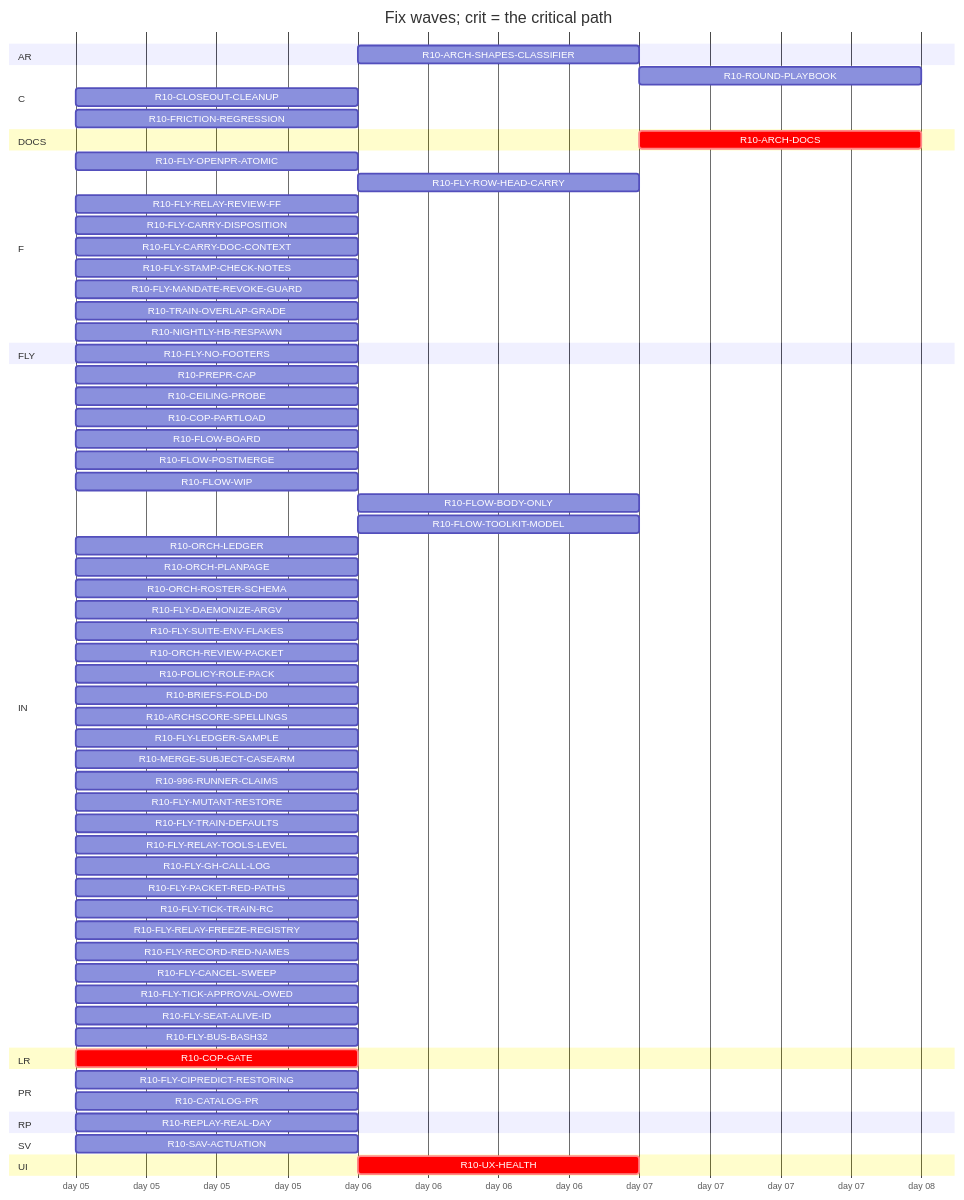
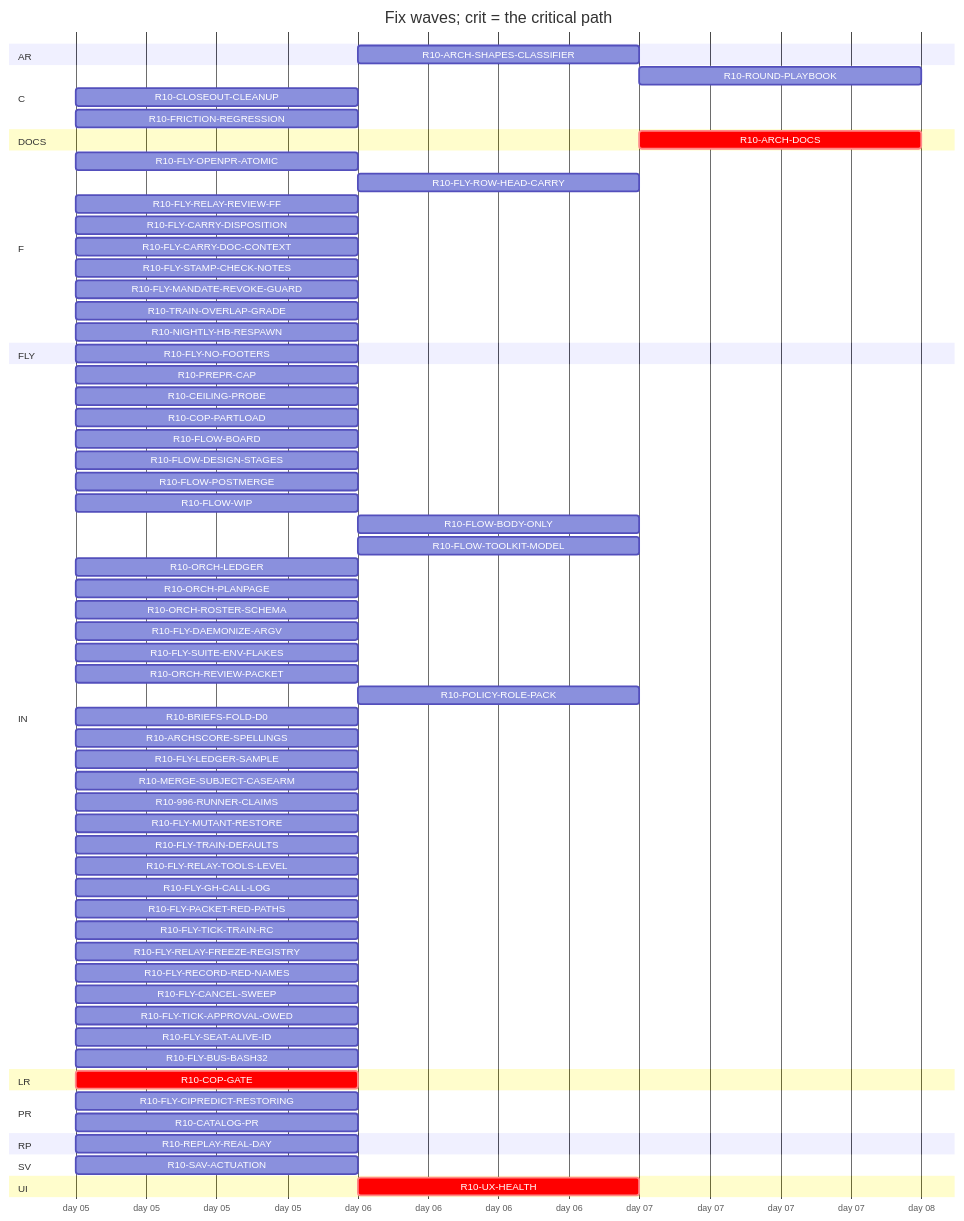
Before and after one commit to tvofi/heatpump_optimizer: the diagram in handoff/round10/state/PLAN-TABLE.md, drawn with Mermaid. The commit also changed other lines of this file and 3 other files, not shown here.

Commit message:
state: FLOW-BOARD.md, NEXT-SESSION-PROMPT.md, PLAN-TABLE.md, RESUME-CURRENT.md regenerated (state_docs.py)

````diff
--- a/handoff/round10/state/PLAN-TABLE.md
+++ b/handoff/round10/state/PLAN-TABLE.md
@@ -24,70 +24,71 @@
 ```mermaid
 gantt
   title Fix waves; crit = the critical path
   dateFormat YYYY-MM-DD
   axisFormat day %d
   section AR
     R10-ARCH-SHAPES-CLASSIFIER :r10ARCHSHAPESCLASSIFIER, after r10996RUNNERCLAIMS, 1d
   section C
     R10-ROUND-PLAYBOOK :r10ROUNDPLAYBOOK, after r10ORCHLEDGER r10ORCHPLANPAGE r10FLYRELAYREVIEWFF r10FLOWBODYONLY, 1d
     R10-CLOSEOUT-CLEANUP :r10CLOSEOUTCLEANUP, 2026-01-05, 1d
     R10-FRICTION-REGRESSION :r10FRICTIONREGRESSION, 2026-01-05, 1d
   section DOCS
-    R10-ARCH-DOCS :crit, r10ARCHDOCS, after r10COPGATE r10UXHEALTH r10CEILINGPROBE r10COPPARTLOAD r10FLOWBOARD r10FLOWPOSTMERGE r10FLOWWIP r10FLOWBODYONLY r10FLYOPENPRATOMIC r10FLYROWHEADCARRY r10FLYRELAYREVIEWFF r10FLYCARRYDISPOSITION r10FLYCARRYDOCCONTEXT r10FLOWTOOLKITMODEL r10FLYSTAMPCHECKNOTES r10FLYMANDATEREVOKEGUARD r10TRAINOVERLAPGRADE r10NIGHTLYHBRESPAWN r10ORCHLEDGER r10ORCHPLANPAGE r10ORCHROSTERSCHEMA r10FLYDAEMONIZEARGV r10ORCHREVIEWPACKET r10POLICYROLEPACK r10BRIEFSFOLDD0 r10REPLAYREALDAY r10ARCHSCORESPELLINGS r10SAVACTUATION r10FLYLEDGERSAMPLE, 1d
+    R10-ARCH-DOCS :crit, r10ARCHDOCS, after r10COPGATE r10UXHEALTH r10CEILINGPROBE r10COPPARTLOAD r10FLOWBOARD r10FLOWDESIGNSTAGES r10FLOWPOSTMERGE r10FLOWWIP r10FLOWBODYONLY r10FLYOPENPRATOMIC r10FLYROWHEADCARRY r10FLYRELAYREVIEWFF r10FLYCARRYDISPOSITION r10FLYCARRYDOCCONTEXT r10FLOWTOOLKITMODEL r10FLYSTAMPCHECKNOTES r10FLYMANDATEREVOKEGUARD r10TRAINOVERLAPGRADE r10NIGHTLYHBRESPAWN r10ORCHLEDGER r10ORCHPLANPAGE r10ORCHROSTERSCHEMA r10FLYDAEMONIZEARGV r10ORCHREVIEWPACKET r10POLICYROLEPACK r10BRIEFSFOLDD0 r10REPLAYREALDAY r10ARCHSCORESPELLINGS r10SAVACTUATION r10FLYLEDGERSAMPLE, 1d
   section F
     R10-FLY-OPENPR-ATOMIC :r10FLYOPENPRATOMIC, 2026-01-05, 1d
     R10-FLY-ROW-HEAD-CARRY :r10FLYROWHEADCARRY, after r10FLYOPENPRATOMIC, 1d
     R10-FLY-RELAY-REVIEW-FF :r10FLYRELAYREVIEWFF, 2026-01-05, 1d
     R10-FLY-CARRY-DISPOSITION :r10FLYCARRYDISPOSITION, 2026-01-05, 1d
     R10-FLY-CARRY-DOC-CONTEXT :r10FLYCARRYDOCCONTEXT, 2026-01-05, 1d
     R10-FLY-STAMP-CHECK-NOTES :r10FLYSTAMPCHECKNOTES, 2026-01-05, 1d
     R10-FLY-MANDATE-REVOKE-GUARD :r10FLYMANDATEREVOKEGUARD, 2026-01-05, 1d
     R10-TRAIN-OVERLAP-GRADE :r10TRAINOVERLAPGRADE, 2026-01-05, 1d
     R10-NIGHTLY-HB-RESPAWN :r10NIGHTLYHBRESPAWN, 2026-01-05, 1d
   section FLY
     R10-FLY-NO-FOOTERS :r10FLYNOFOOTERS, 2026-01-05, 1d
   section IN
     R10-PREPR-CAP :r10PREPRCAP, 2026-01-05, 1d
     R10-CEILING-PROBE :r10CEILINGPROBE, 2026-01-05, 1d
     R10-COP-PARTLOAD :r10COPPARTLOAD, 2026-01-05, 1d
     R10-FLOW-BOARD :r10FLOWBOARD, 2026-01-05, 1d
+    R10-FLOW-DESIGN-STAGES :r10FLOWDESIGNSTAGES, 2026-01-05, 1d
     R10-FLOW-POSTMERGE :r10FLOWPOSTMERGE, 2026-01-05, 1d
     R10-FLOW-WIP :r10FLOWWIP, 2026-01-05, 1d
     R10-FLOW-BODY-ONLY :r10FLOWBODYONLY, after r10FLYOPENPRATOMIC, 1d
     R10-FLOW-TOOLKIT-MODEL :r10FLOWTOOLKITMODEL, after r10ORCHPLANPAGE, 1d
     R10-ORCH-LEDGER :r10ORCHLEDGER, 2026-01-05, 1d
     R10-ORCH-PLANPAGE :r10ORCHPLANPAGE, 2026-01-05, 1d
     R10-ORCH-ROSTER-SCHEMA :r10ORCHROSTERSCHEMA, 2026-01-05, 1d
     R10-FLY-DAEMONIZE-ARGV :r10FLYDAEMONIZEARGV, 2026-01-05, 1d
     R10-FLY-SUITE-ENV-FLAKES :r10FLYSUITEENVFLAKES, 2026-01-05, 1d
     R10-ORCH-REVIEW-PACKET :r10ORCHREVIEWPACKET, 2026-01-05, 1d
-    R10-POLICY-ROLE-PACK :r10POLICYROLEPACK, 2026-01-05, 1d
+    R10-POLICY-ROLE-PACK :r10POLICYROLEPACK, after r10FLOWDESIGNSTAGES, 1d
     R10-BRIEFS-FOLD-D0 :r10BRIEFSFOLDD0, 2026-01-05, 1d
     R10-ARCHSCORE-SPELLINGS :r10ARCHSCORESPELLINGS, 2026-01-05, 1d
     R10-FLY-LEDGER-SAMPLE :r10FLYLEDGERSAMPLE, 2026-01-05, 1d
     R10-MERGE-SUBJECT-CASEARM :r10MERGESUBJECTCASEARM, 2026-01-05, 1d
     R10-996-RUNNER-CLAIMS :r10996RUNNERCLAIMS, 2026-01-05, 1d
     R10-FLY-MUTANT-RESTORE :r10FLYMUTANTRESTORE, 2026-01-05, 1d
     R10-FLY-TRAIN-DEFAULTS :r10FLYTRAINDEFAULTS, 2026-01-05, 1d
     R10-FLY-RELAY-TOOLS-LEVEL :r10FLYRELAYTOOLSLEVEL, 2026-01-05, 1d
     R10-FLY-GH-CALL-LOG :r10FLYGHCALLLOG, 2026-01-05, 1d
     R10-FLY-PACKET-RED-PATHS :r10FLYPACKETREDPATHS, 2026-01-05, 1d
     R10-FLY-TICK-TRAIN-RC :r10FLYTICKTRAINRC, 2026-01-05, 1d
     R10-FLY-RELAY-FREEZE-REGISTRY :r10FLYRELAYFREEZEREGISTRY, 2026-01-05, 1d
     R10-FLY-RECORD-RED-NAMES :r10FLYRECORDREDNAMES, 2026-01-05, 1d
     R10-FLY-CANCEL-SWEEP :r10FLYCANCELSWEEP, 2026-01-05, 1d
     R10-FLY-TICK-APPROVAL-OWED :r10FLYTICKAPPROVALOWED, 2026-01-05, 1d
     R10-FLY-SEAT-ALIVE-ID :r10FLYSEATALIVEID, 2026-01-05, 1d
     R10-FLY-BUS-BASH32 :r10FLYBUSBASH32, 2026-01-05, 1d
   section LR
     R10-COP-GATE :crit, r10COPGATE, 2026-01-05, 1d
   section PR
     R10-FLY-CIPREDICT-RESTORING :r10FLYCIPREDICTRESTORING, 2026-01-05, 1d
     R10-CATALOG-PR :r10CATALOGPR, 2026-01-05, 1d
   section RP
     R10-REPLAY-REAL-DAY :r10REPLAYREALDAY, 2026-01-05, 1d
   section SV
     R10-SAV-ACTUATION :r10SAVACTUATION, 2026-01-05, 1d
   section UI
     R10-UX-HEALTH :crit, r10UXHEALTH, after r10COPGATE, 1d
 ```
````
